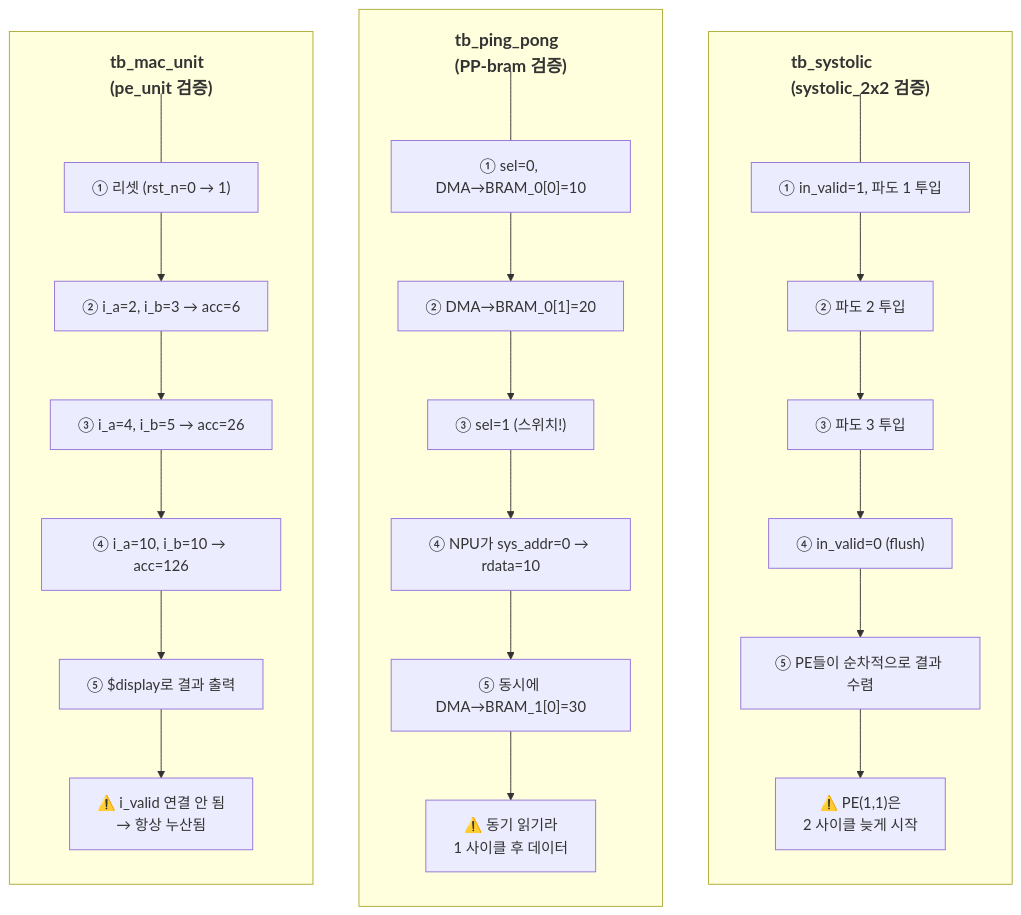
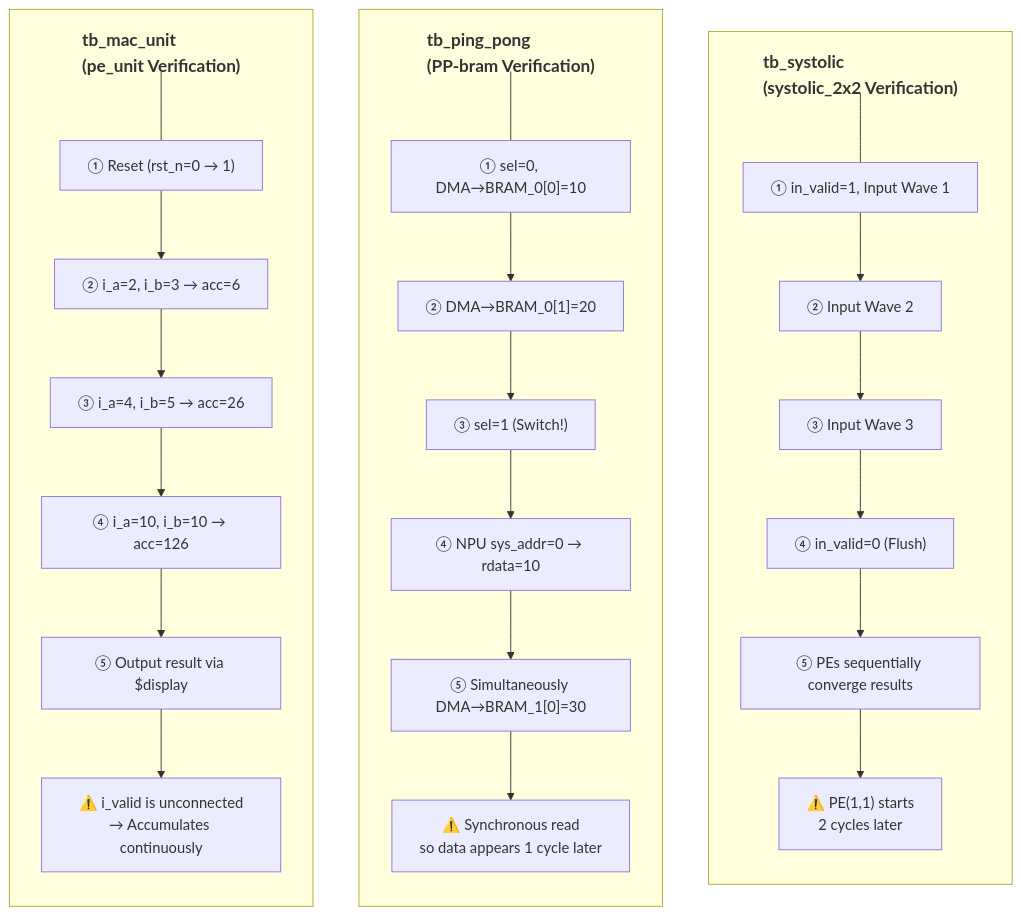
The first of 2 diagrams in Architecture/Testbench.md (hwkim-dev/NPU-FPGA-Transformer-Accelerator-KV260), drawn with Mermaid before and after one commit. The commit also changed other lines of this file and 9 other files, not shown here.

First line of the commit message:
docs: Fix markdown formatting and translate to English in Architecture folder

````diff
--- a/Architecture/Testbench.md
+++ b/Architecture/Testbench.md
@@ -9,47 +9,47 @@
 ```mermaid
 flowchart LR
-    %% 전체는 가로(1행 3열) 배치
-    
-    subgraph tb_mac_unit["<h3>tb_mac_unit<br/>(pe_unit 검증)</h3>"]
+    %% Overall horizontal (1 row 3 columns) arrangement
+
+    subgraph tb_mac_unit["<h3>tb_mac_unit<br/>(pe_unit Verification)</h3>"]
         direction TB
-        %% 제목과의 간격을 위한 투명 노드
+        %% Transparent node for spacing from title
         sep1[ ] --- T1
         style sep1 fill:none,stroke:none
-        
-        T1["① 리셋 (rst_n=0 → 1)"] --> T2["② i_a=2, i_b=3 → acc=6"]
+
+        T1["① Reset (rst_n=0 → 1)"] --> T2["② i_a=2, i_b=3 → acc=6"]
         T2 --> T3["③ i_a=4, i_b=5 → acc=26"]
         T3 --> T4["④ i_a=10, i_b=10 → acc=126"]
-        T4 --> T5["⑤ $display로 결과 출력"]
-        T5 --> W1["⚠️ i_valid 연결 안 됨\n→ 항상 누산됨"]
+        T4 --> T5["⑤ Output result via $display"]
+        T5 --> W1["⚠️ i_valid is unconnected\n→ Accumulates continuously"]
     end
 
-    subgraph tb_ping_pong["<h3>tb_ping_pong<br/>(PP-bram 검증)</h3>"]
+    subgraph tb_ping_pong["<h3>tb_ping_pong<br/>(PP-bram Verification)</h3>"]
         direction TB
-        %% 제목과의 간격을 위한 투명 노드
+        %% Transparent node for spacing from title
         sep2[ ] --- P1
         style sep2 fill:none,stroke:none
 
         P1["① sel=0, DMA→BRAM_0[0]=10"] --> P2["② DMA→BRAM_0[1]=20"]
-        P2 --> P3["③ sel=1 (스위치!)"]
-        P3 --> P4["④ NPU가 sys_addr=0 → rdata=10"]
-        P4 --> P5["⑤ 동시에 DMA→BRAM_1[0]=30"]
-        P5 --> W2["⚠️ 동기 읽기라\n1 사이클 후 데이터"]
+        P2 --> P3["③ sel=1 (Switch!)"]
+        P3 --> P4["④ NPU sys_addr=0 → rdata=10"]
+        P4 --> P5["⑤ Simultaneously DMA→BRAM_1[0]=30"]
+        P5 --> W2["⚠️ Synchronous read\nso data appears 1 cycle later"]
     end
 
-    subgraph tb_systolic["<h3>tb_systolic<br/>(systolic_2x2 검증)</h3>"]
+    subgraph tb_systolic["<h3>tb_systolic<br/>(systolic_2x2 Verification)</h3>"]
         direction TB
-        %% 제목과의 간격을 위한 투명 노드
+        %% Transparent node for spacing from title
         sep3[ ] --- S1
         style sep3 fill:none,stroke:none
 
-        S1["① in_valid=1, 파도 1 투입"] --> S2["② 파도 2 투입"]
-        S2 --> S3["③ 파도 3 투입"]
-        S3 --> S4["④ in_valid=0 (flush)"]
-        S4 --> S5["⑤ PE들이 순차적으로 결과 수렴"]
-        S5 --> W3["⚠️ PE(1,1)은\n2 사이클 늦게 시작"]
+        S1["① in_valid=1, Input Wave 1"] --> S2["② Input Wave 2"]
+        S2 --> S3["③ Input Wave 3"]
+        S3 --> S4["④ in_valid=0 (Flush)"]
+        S4 --> S5["⑤ PEs sequentially converge results"]
+        S5 --> W3["⚠️ PE(1,1) starts\n2 cycles later"]
     end
 
-    %% 3열 배치를 유지하기 위한 투명 연결선
+    %% Transparent connecting lines to maintain the 3-column layout
     tb_mac_unit ~~~ tb_ping_pong
     tb_ping_pong ~~~ tb_systolic
 ```
````
